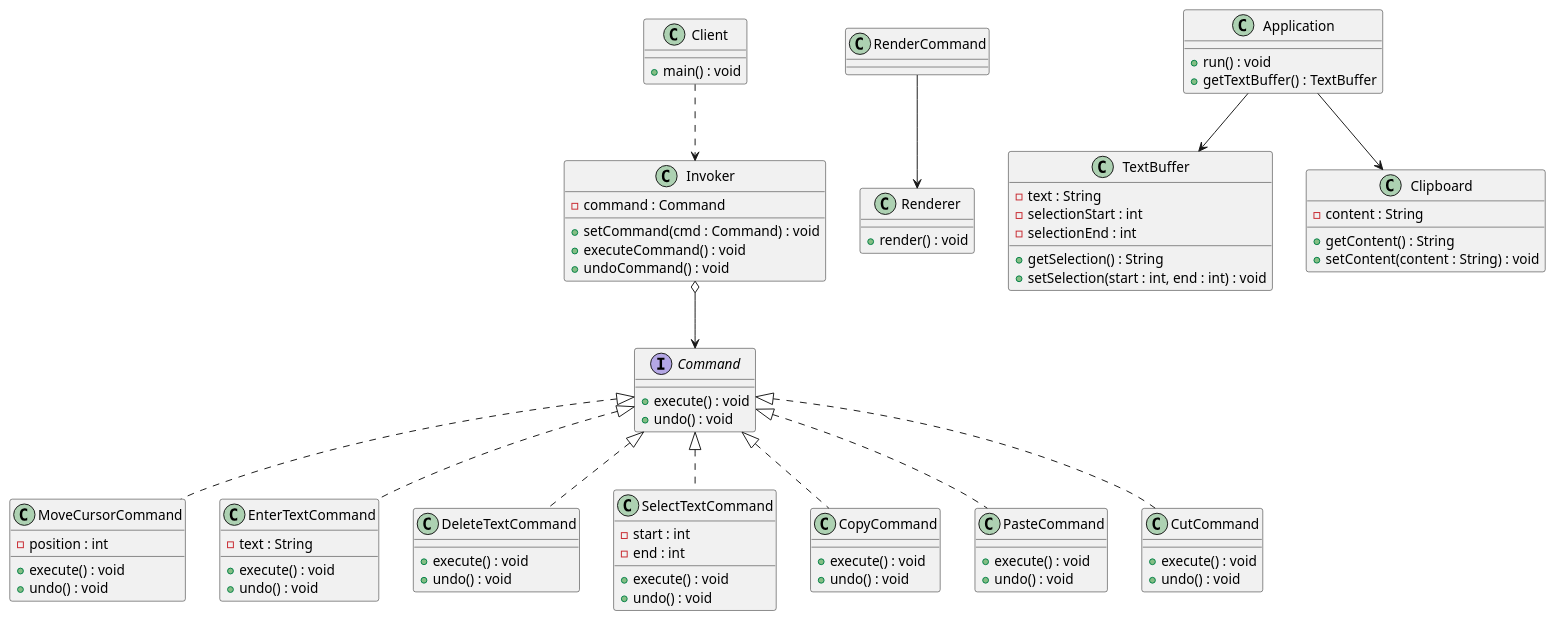
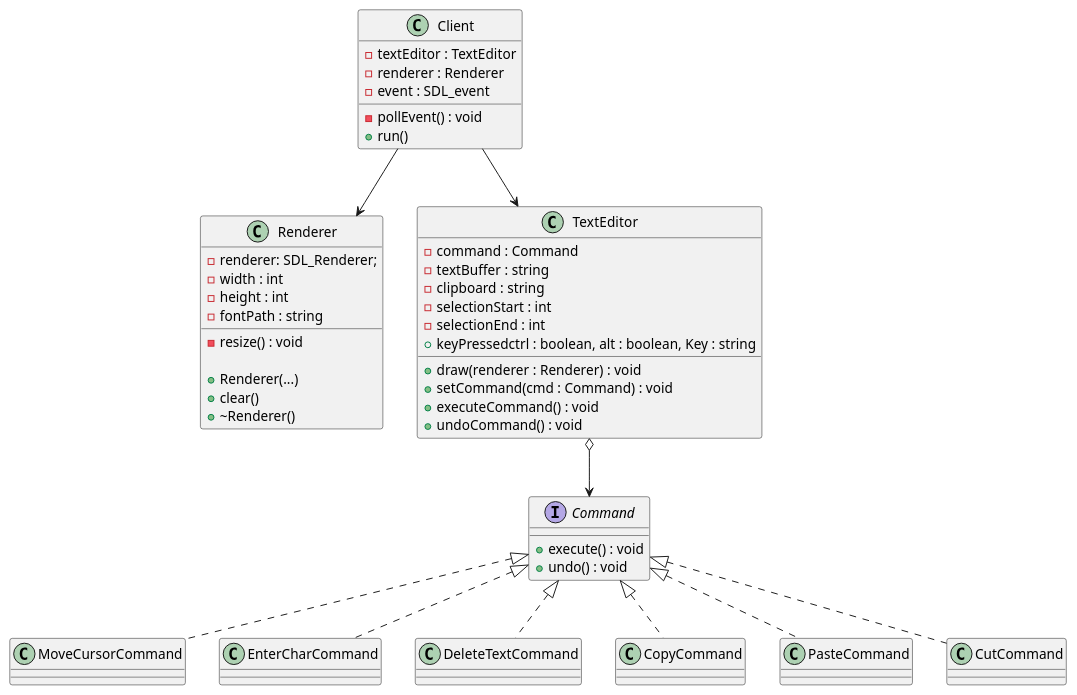
One commit to AquaBx/text-editor changed the diagram in V1/conception/cas-utilisation/class.puml. Above: the diagram before and after it, drawn with PlantUML. The commit also changed 24 other files, not shown here.

```diff
--- a/V1/conception/cas-utilisation/class.puml
+++ b/V1/conception/cas-utilisation/class.puml
@@ -1,93 +1,71 @@
-@startuml
+@startuml classDiagram
 interface Command {
     + execute() : void
     + undo() : void
 }
 
 class MoveCursorCommand {
-    - position : int
-    + execute() : void
-    + undo() : void
 }
 
-class EnterTextCommand {
-    - text : String
-    + execute() : void
-    + undo() : void
+class EnterCharCommand {
 }
 
 class DeleteTextCommand {
-    + execute() : void
-    + undo() : void
-}
-
-class SelectTextCommand {
-    - start : int
-    - end : int
-    + execute() : void
-    + undo() : void
 }
 
 class CopyCommand {
-    + execute() : void
-    + undo() : void
 }
 
 class PasteCommand {
-    + execute() : void
-    + undo() : void
 }
 
 class CutCommand {
-    + execute() : void
-    + undo() : void
+}
+
+class Client {
+    - textEditor : TextEditor
+    - renderer : Renderer
+    - event : SDL_event
+    - pollEvent() : void
+    + run()
 }
 
 class Renderer {
-    + render() : void
+    - renderer: SDL_Renderer;
+    - width : int
+    - height : int
+    - fontPath : string
+    - resize() : void
+
+    + Renderer(...)
+    + clear()
+    + ~Renderer()
 }
 
-class Invoker {
+class TextEditor {
     - command : Command
+    - textBuffer : string
+    - clipboard : string
+    - selectionStart : int
+    - selectionEnd : int
+    + draw(renderer : Renderer) : void
     + setCommand(cmd : Command) : void
     + executeCommand() : void
     + undoCommand() : void
+    +keyPressedctrl : boolean, alt : boolean, Key : string
 }
 
-class Client {
-    + main() : void
-}
-
-class TextBuffer {
-    - text : String
-    - selectionStart : int
-    - selectionEnd : int
-    + getSelection() : String
-    + setSelection(start : int, end : int) : void
-}
-
-class Clipboard {
-    - content : String
-    + getContent() : String
-    + setContent(content : String) : void
-}
-
-class Application {
-    + run() : void
-    + getTextBuffer() : TextBuffer
-}
 
 Command <|.. MoveCursorCommand
-Command <|.. EnterTextCommand
+Command <|.. EnterCharCommand
 Command <|.. DeleteTextCommand
-Command <|.. SelectTextCommand
 Command <|.. CopyCommand
 Command <|.. PasteCommand
 Command <|.. CutCommand
 
-Invoker o--> Command
-RenderCommand --> Renderer
-Client ..> Invoker
-Application --> TextBuffer
-Application --> Clipboard
+TextEditor o--> Command
+Client --> Renderer
+
+Client --> TextEditor
+
 @enduml
```
